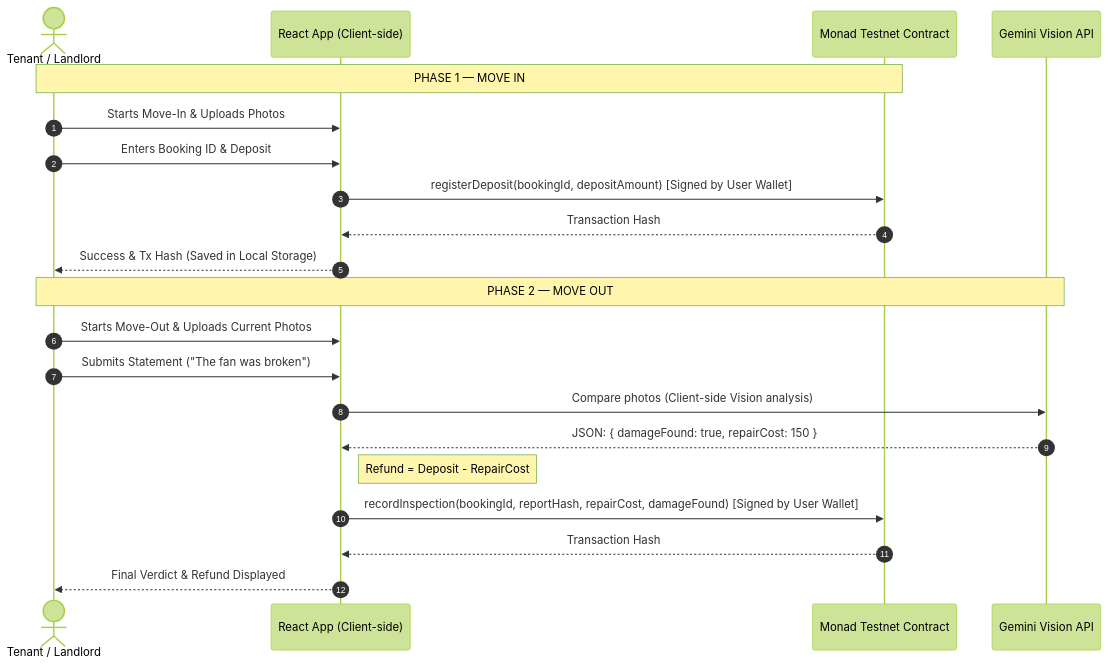
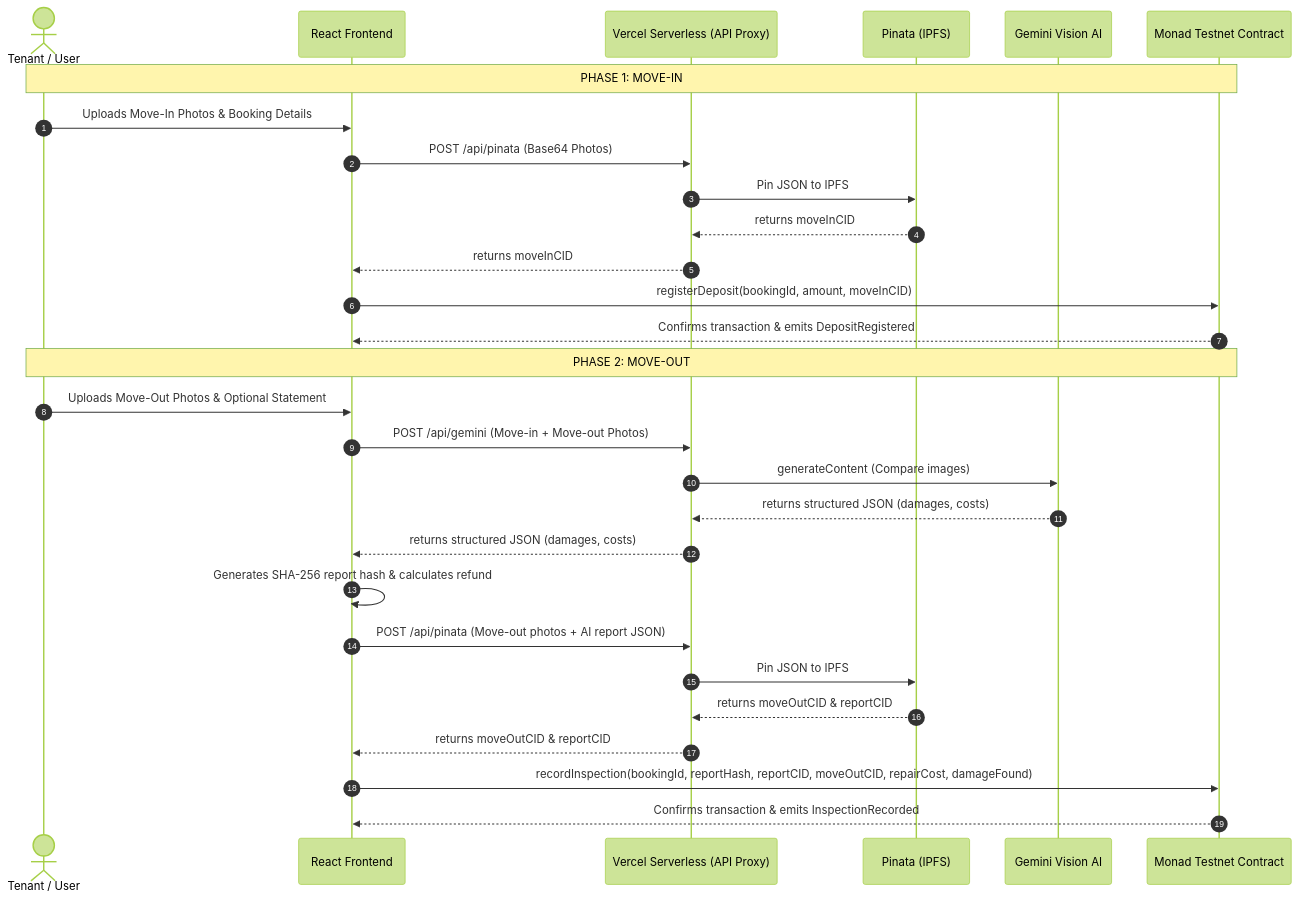
One commit to HarshitR2004/rent-guard changed the diagram in README.md. Above: the diagram before and after it, drawn with Mermaid (forest theme). The commit also changed other lines of this file and 2 other files, not shown here.

````diff
--- a/README.md
+++ b/README.md
@@ -26,25 +36,33 @@
 ```mermaid
 sequenceDiagram
     autonumber
-    actor Tenant as Tenant / Landlord
-    participant App as React App (Client-side)
+    actor Tenant as Tenant / User
+    participant App as React Frontend
+    participant Vercel as Vercel Serverless (API Proxy)
+    participant Pinata as Pinata (IPFS)
+    participant Gemini as Gemini Vision AI
     participant Monad as Monad Testnet Contract
-    participant Gemini as Gemini Vision API
 
-    Note over Tenant, Monad: PHASE 1 — MOVE IN
-    Tenant->>App: Starts Move-In & Uploads Photos
-    Tenant->>App: Enters Booking ID & Deposit
-    App->>Monad: registerDeposit(bookingId, depositAmount) [Signed by User Wallet]
-    Monad-->>App: Transaction Hash
-    App-->>Tenant: Success & Tx Hash (Saved in Local Storage)
+    Note over Tenant, Monad: PHASE 1: MOVE-IN
+    Tenant->>App: Uploads Move-In Photos & Booking Details
+    App->>Vercel: POST /api/pinata (Base64 Photos)
+    Vercel->>Pinata: Pin JSON to IPFS
+    Pinata-->>Vercel: returns moveInCID
+    Vercel-->>App: returns moveInCID
+    App->>Monad: registerDeposit(bookingId, amount, moveInCID)
+    Monad-->>App: Confirms transaction & emits DepositRegistered
 
-    Note over Tenant, Gemini: PHASE 2 — MOVE OUT
-    Tenant->>App: Starts Move-Out & Uploads Current Photos
-    Tenant->>App: Submits Statement ("The fan was broken")
-    App->>Gemini: Compare photos (Client-side Vision analysis)
-    Gemini-->>App: JSON: { damageFound: true, repairCost: 150 }
-    Note right of App: Refund = Deposit - RepairCost
-    App->>Monad: recordInspection(bookingId, reportHash, repairCost, damageFound) [Signed by User Wallet]
-    Monad-->>App: Transaction Hash
-    App-->>Tenant: Final Verdict & Refund Displayed
+    Note over Tenant, Monad: PHASE 2: MOVE-OUT
+    Tenant->>App: Uploads Move-Out Photos & Optional Statement
+    App->>Vercel: POST /api/gemini (Move-in + Move-out Photos)
+    Vercel->>Gemini: generateContent (Compare images)
+    Gemini-->>Vercel: returns structured JSON (damages, costs)
+    Vercel-->>App: returns structured JSON (damages, costs)
+    App->>App: Generates SHA-256 report hash & calculates refund
+    App->>Vercel: POST /api/pinata (Move-out photos + AI report JSON)
+    Vercel->>Pinata: Pin JSON to IPFS
+    Pinata-->>Vercel: returns moveOutCID & reportCID
+    Vercel-->>App: returns moveOutCID & reportCID
+    App->>Monad: recordInspection(bookingId, reportHash, reportCID, moveOutCID, repairCost, damageFound)
+    Monad-->>App: Confirms transaction & emits InspectionRecorded
 ```
````
